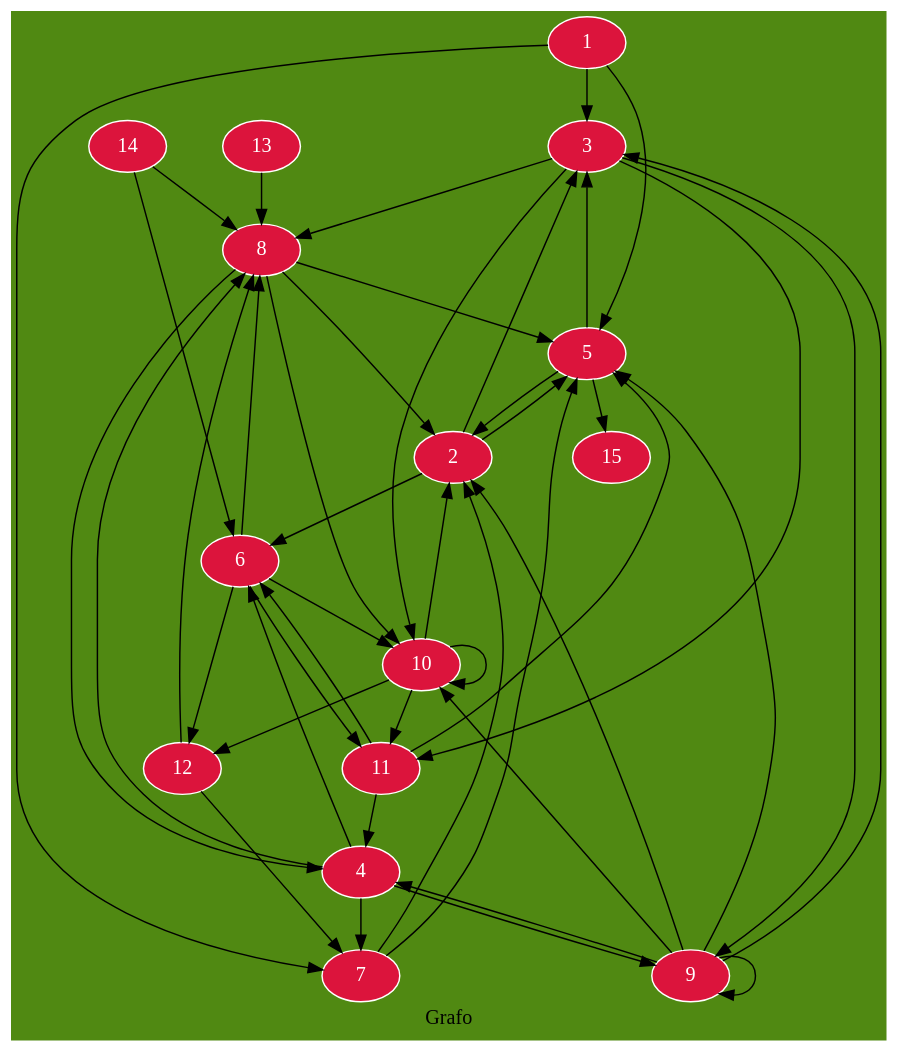
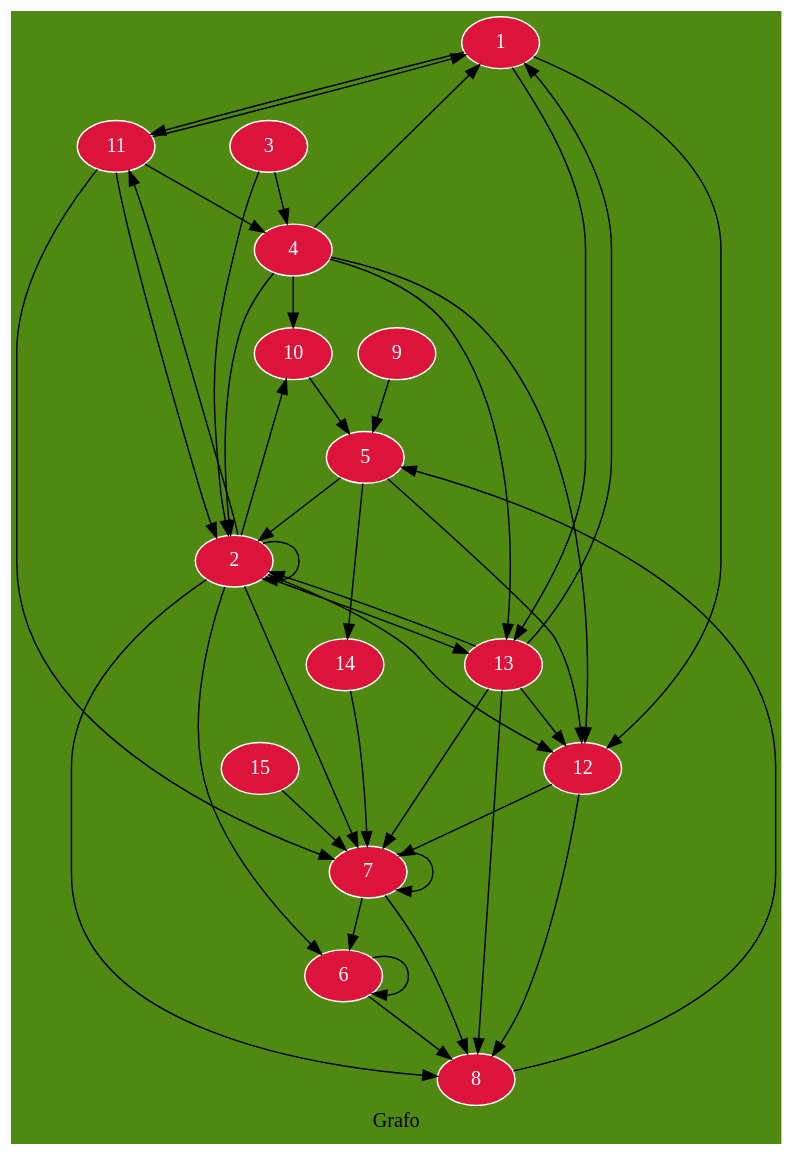
The diagram in Fase 3/Cliente/EDDimg/Grafo.dot (Desconocido502/-EDD_2S-BatallaNaval_201902502), drawn with Graphviz before and after one commit. The commit also changed 15 other files, not shown here.

```diff
--- a/Fase 3/Cliente/EDDimg/Grafo.dot
+++ b/Fase 3/Cliente/EDDimg/Grafo.dot
@@ -1,66 +1,64 @@
+
 digraph G {
 node [fontcolor="white", color=white , style=filled, fillcolor=Crimson]
 bgcolor = "#508912";
 label="Grafo";
-    1
-	1->3
-	1->5
-	1->7
+	1
+	1->11
+	1->12
+	1->13
 	2
-	2->3
-	2->5
+	2->2
 	2->6
+	2->7
+	2->8
+	2->10
+	2->11
+	2->12
+	2->13
 	3
-	3->8
-	3->9
-	3->10
-	3->11
+	3->2
+	3->4
 	4
-	4->6
-	4->7
-	4->8
-	4->9
+	4->1
+	4->2
+	4->10
+	4->12
+	4->13
 	5
 	5->2
-	5->3
-	5->15
+	5->12
+	5->14
 	6
+	6->6
 	6->8
-	6->10
-	6->11
-	6->12
 	7
-	7->2
-	7->5
+	7->6
+	7->7
+	7->8
 	8
-	8->2
-	8->4
 	8->5
-	8->10
 	9
-	9->2
-	9->3
-	9->4
 	9->5
-	9->9
-	9->10
 	10
-	10->2
-	10->10
-	10->11
-	10->12
+	10->5
 	11
+	11->1
+	11->2
 	11->4
-	11->5
-	11->6
+	11->7
 	12
 	12->7
 	12->8
 	13
+	13->1
+	13->2
+	13->7
 	13->8
+	13->12
 	14
-	14->6
-	14->8
+	14->7
 	15
+	15->7
 
 }
```
